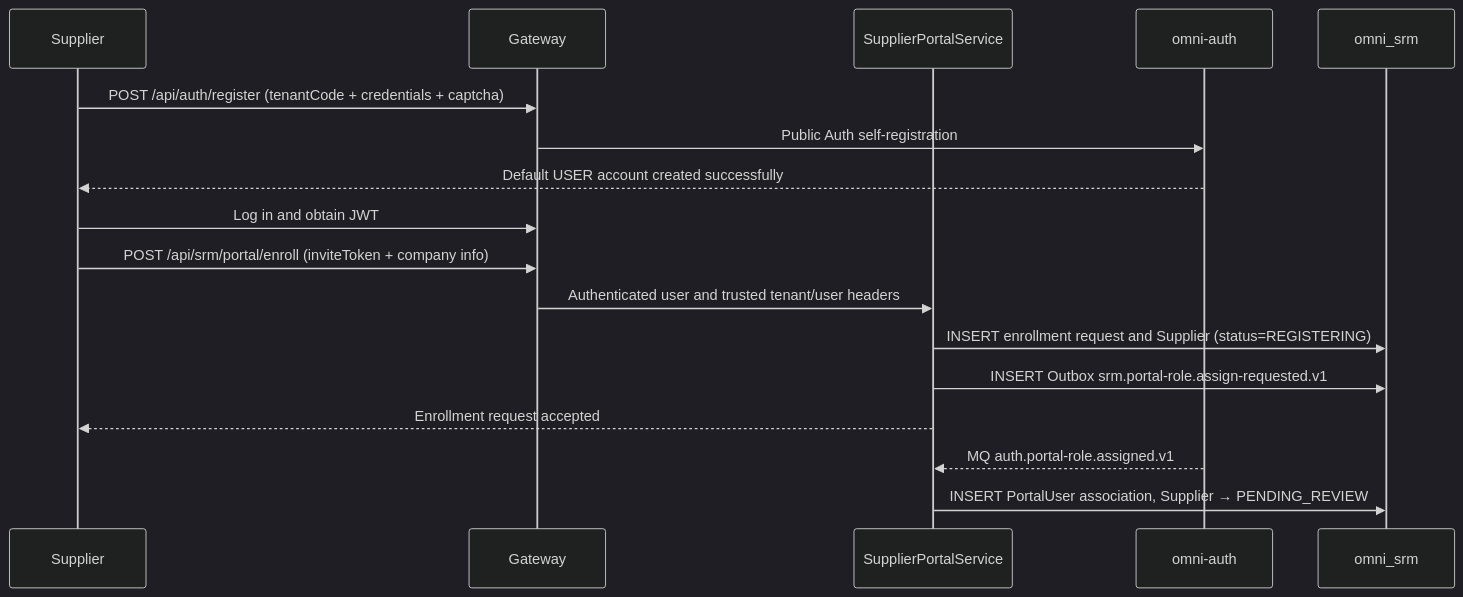
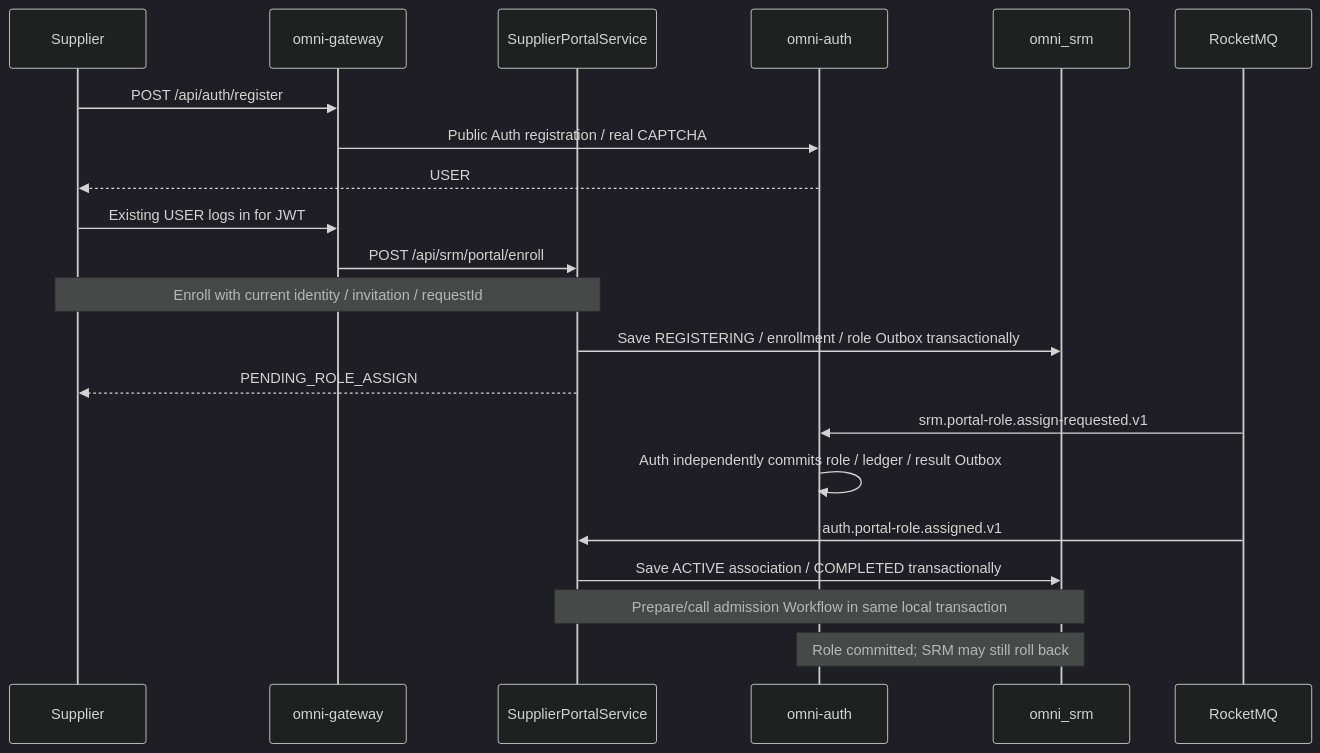
The fifth of 5 diagrams in docs/design/srm-design.en.md (wang-baohai/Omni-Stack), drawn with Mermaid (dark theme) before and after one commit. The commit also changed other lines of this file and 1095 other files, not shown here.

````diff
--- a/docs/design/srm-design.en.md
+++ b/docs/design/srm-design.en.md
@@ -324,20 +318,23 @@
 ```mermaid
 sequenceDiagram
     participant SUP as Supplier
-    participant GW as Gateway
+    participant GW as omni-gateway
     participant S as SupplierPortalService
     participant AUTH as omni-auth
     participant DB as omni_srm
-
-    SUP->>GW: POST /api/auth/register (tenantCode + credentials + captcha)
-    GW->>AUTH: Public Auth self-registration
-    AUTH-->>SUP: Default USER account created successfully
-    SUP->>GW: Log in and obtain JWT
-    SUP->>GW: POST /api/srm/portal/enroll (inviteToken + company info)
-    GW->>S: Authenticated user and trusted tenant/user headers
-    S->>DB: INSERT enrollment request and Supplier (status=REGISTERING)
-    S->>DB: INSERT Outbox srm.portal-role.assign-requested.v1
-    S-->>SUP: Enrollment request accepted
-    AUTH-->>S: MQ auth.portal-role.assigned.v1
-    S->>DB: INSERT PortalUser association, Supplier → PENDING_REVIEW
+    participant MQ as RocketMQ
+    SUP->>GW: POST /api/auth/register
+    GW->>AUTH: Public Auth registration / real CAPTCHA
+    AUTH-->>SUP: USER
+    SUP->>GW: Existing USER logs in for JWT
+    GW->>S: POST /api/srm/portal/enroll
+    Note over SUP,S: Enroll with current identity / invitation / requestId
+    S->>DB: Save REGISTERING / enrollment / role Outbox transactionally
+    S-->>SUP: PENDING_ROLE_ASSIGN
+    MQ->>AUTH: srm.portal-role.assign-requested.v1
+    AUTH->>AUTH: Auth independently commits role / ledger / result Outbox
+    MQ->>S: auth.portal-role.assigned.v1
+    S->>DB: Save ACTIVE association / COMPLETED transactionally
+    Note over S,DB: Prepare/call admission Workflow in same local transaction
+    Note over AUTH,DB: Role committed#59; SRM may still roll back
 ```
````
